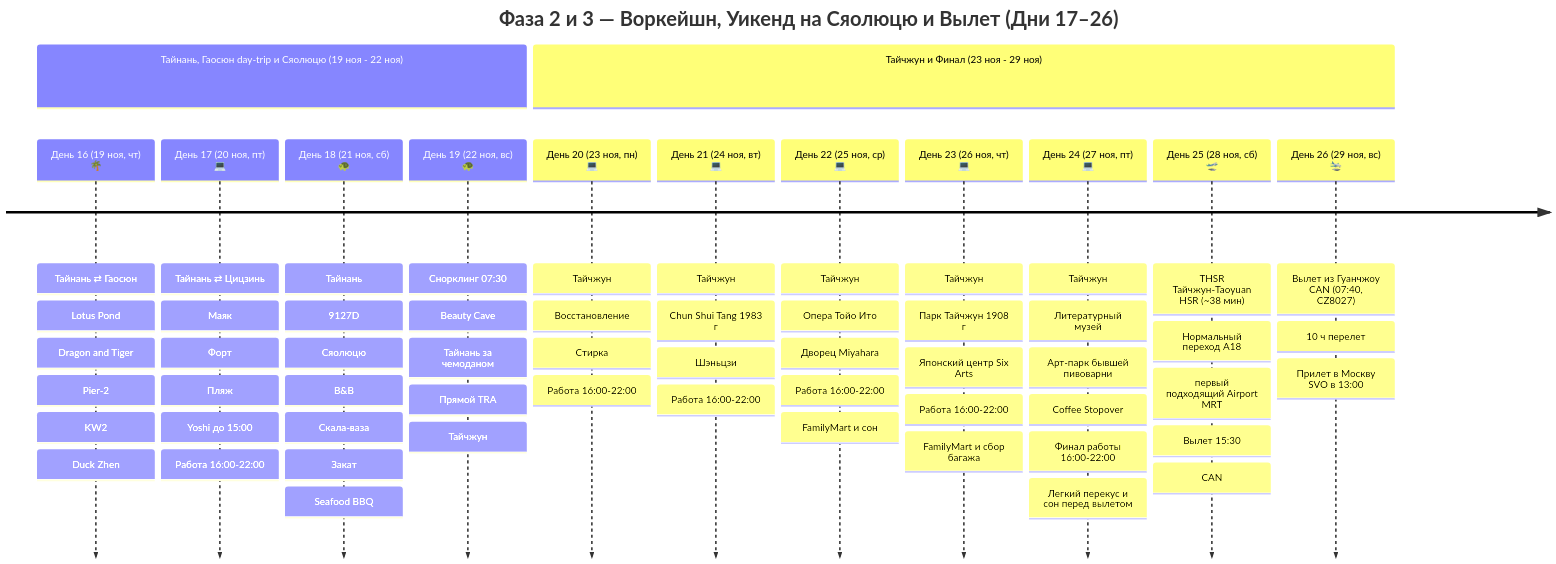
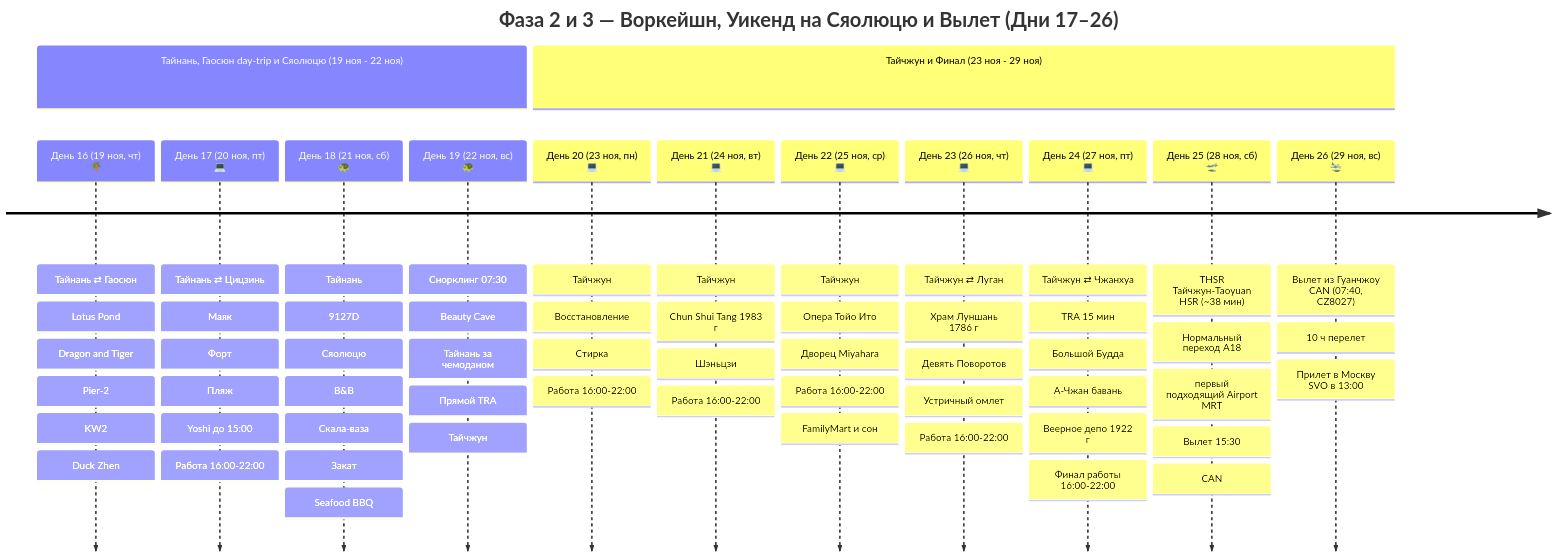
The second of 2 diagrams in Personal Note/Travel/-- Taiwan/Taiwan.md (injurka/obsidian-mark), drawn with Mermaid before and after one commit. The commit also changed other lines of this file and 13 other files, not shown here.

````diff
--- a/Personal Note/Travel/-- Taiwan/Taiwan.md
+++ b/Personal Note/Travel/-- Taiwan/Taiwan.md
@@ -77,17 +77,17 @@
 ```mermaid
 timeline
     title Фаза 2 и 3 — Воркейшн, Уикенд на Сяолюцю и Вылет (Дни 17–26)
     section Тайнань, Гаосюн day-trip и Сяолюцю (19 ноя - 22 ноя)
         День 16 (19 ноя, чт) 🌴 : Тайнань ⇄ Гаосюн : Lotus Pond : Dragon and Tiger : Pier-2 : KW2 : Duck Zhen
         День 17 (20 ноя, пт) 💻 : Тайнань ⇄ Цицзинь : Маяк : Форт : Пляж : Yoshi до 15:00 : Работа 16:00-22:00
         День 18 (21 ноя, сб) 🐢 : Тайнань : 9127D : Сяолюцю : B&B : Скала-ваза : Закат : Seafood BBQ
         День 19 (22 ноя, вс) 🐢 : Снорклинг 07:30 : Beauty Cave : Тайнань за чемоданом : Прямой TRA : Тайчжун
     section Тайчжун и Финал (23 ноя - 29 ноя)
         День 20 (23 ноя, пн) 💻 : Тайчжун : Восстановление : Стирка : Работа 16:00-22:00
         День 21 (24 ноя, вт) 💻 : Тайчжун : Chun Shui Tang 1983 г : Шэньцзи : Работа 16:00-22:00
         День 22 (25 ноя, ср) 💻 : Тайчжун : Опера Тойо Ито : Дворец Miyahara : Работа 16:00-22:00 : FamilyMart и сон
-        День 23 (26 ноя, чт) 💻 : Тайчжун : Парк Тайчжун 1908 г : Японский центр Six Arts : Работа 16:00-22:00 : FamilyMart и сбор багажа
-        День 24 (27 ноя, пт) 💻 : Тайчжун : Литературный музей : Арт-парк бывшей пивоварни : Coffee Stopover : Финал работы 16:00-22:00 : Легкий перекус и сон перед вылетом
+        День 23 (26 ноя, чт) 💻 : Тайчжун ⇄ Луган : Храм Луншань 1786 г : Девять Поворотов : Устричный омлет : Работа 16:00-22:00
+        День 24 (27 ноя, пт) 💻 : Тайчжун ⇄ Чжанхуа : TRA 15 мин : Большой Будда : А-Чжан бавань : Веерное депо 1922 г : Финал работы 16:00-22:00
         День 25 (28 ноя, сб) 🛫 : THSR Тайчжун-Taoyuan HSR (~38 мин) : Нормальный переход A18 : первый подходящий Airport MRT : Вылет 15:30 : CAN
         День 26 (29 ноя, вс) 🛬 : Вылет из Гуанчжоу CAN (07:40, CZ8027) : 10 ч перелет : Прилет в Москву SVO в 13:00
 ```
````
